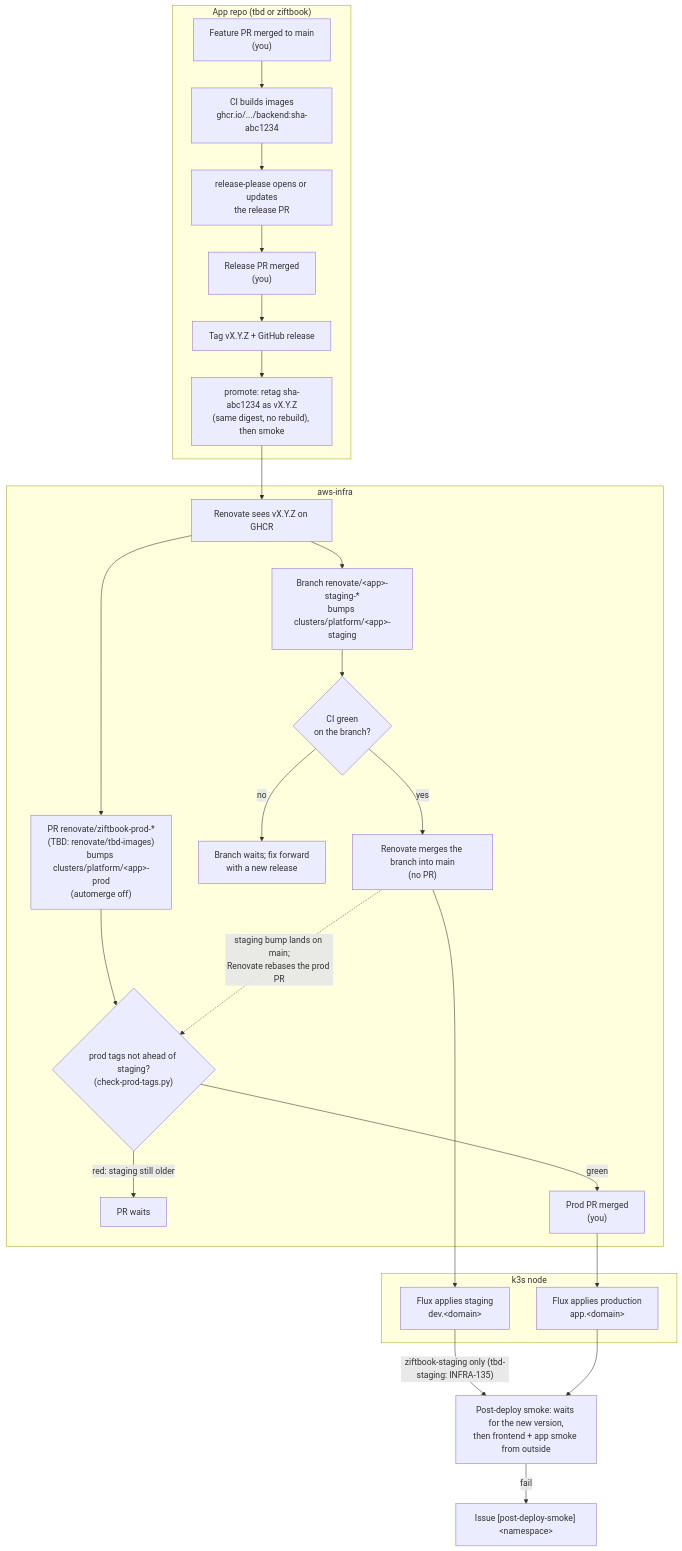
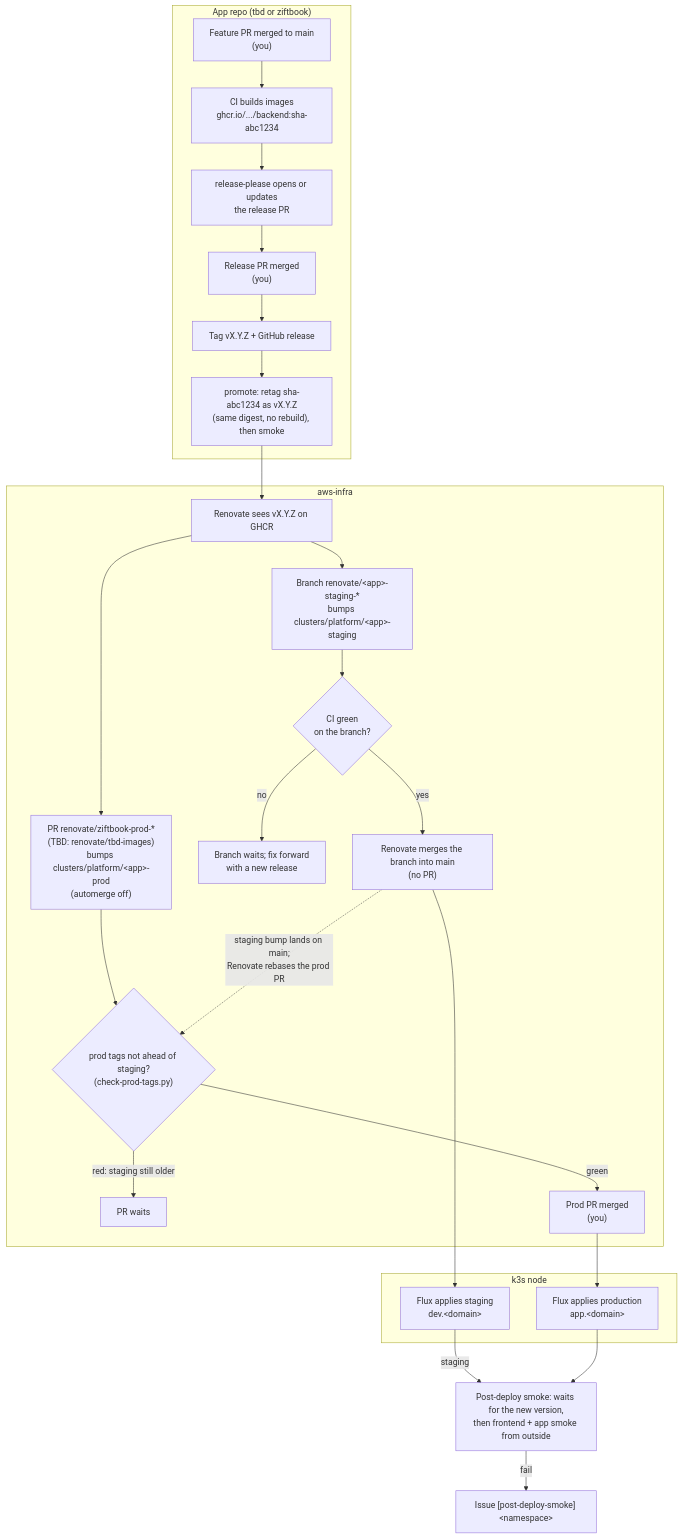
One commit to fjcloudaiconsulting/aws-infra changed the first of 2 diagrams in docs/release-flow.md. Above: the diagram before and after it, drawn with Mermaid. The commit also changed other lines of this file and 5 other files, not shown here.

````diff
--- a/docs/release-flow.md
+++ b/docs/release-flow.md
@@ -23,33 +23,33 @@
 ```mermaid
 flowchart TD
     subgraph app["App repo (tbd or ziftbook)"]
         A["Feature PR merged to main<br/>(you)"] --> B["CI builds images<br/>ghcr.io/.../backend:sha-abc1234"]
         B --> C["release-please opens or updates<br/>the release PR"]
         C --> D["Release PR merged<br/>(you)"]
         D --> E["Tag vX.Y.Z + GitHub release"]
         E --> F["promote: retag sha-abc1234 as vX.Y.Z<br/>(same digest, no rebuild), then smoke"]
     end
 
     F --> G["Renovate sees vX.Y.Z on GHCR"]
 
     subgraph infra["aws-infra"]
         G --> H["Branch renovate/&lt;app&gt;-staging-*<br/>bumps clusters/platform/&lt;app&gt;-staging"]
         H --> I{"CI green<br/>on the branch?"}
         I -- yes --> J["Renovate merges the branch into main<br/>(no PR)"]
         I -- no --> H2["Branch waits; fix forward<br/>with a new release"]
         G --> K["PR renovate/ziftbook-prod-*<br/>(TBD: renovate/tbd-images)<br/>bumps clusters/platform/&lt;app&gt;-prod<br/>(automerge off)"]
         K --> L{"prod tags not ahead of staging?<br/>(check-prod-tags.py)"}
         L -- "red: staging still older" --> W["PR waits"]
         J -. "staging bump lands on main;<br/>Renovate rebases the prod PR" .-> L
         L -- green --> M["Prod PR merged<br/>(you)"]
     end
 
     subgraph cluster["k3s node"]
         J --> N["Flux applies staging<br/>dev.&lt;domain&gt;"]
         M --> O["Flux applies production<br/>app.&lt;domain&gt;"]
     end
 
-    N -- "ziftbook-staging only (tbd-staging: INFRA-135)" --> P["Post-deploy smoke: waits for the new version,<br/>then frontend + app smoke from outside"]
+    N -- "staging" --> P["Post-deploy smoke: waits for the new version,<br/>then frontend + app smoke from outside"]
     O --> P
     P -- fail --> Q["Issue [post-deploy-smoke] &lt;namespace&gt;"]
 ```
````
